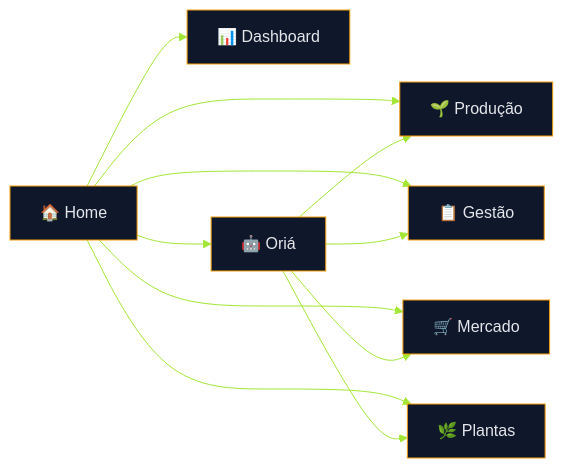
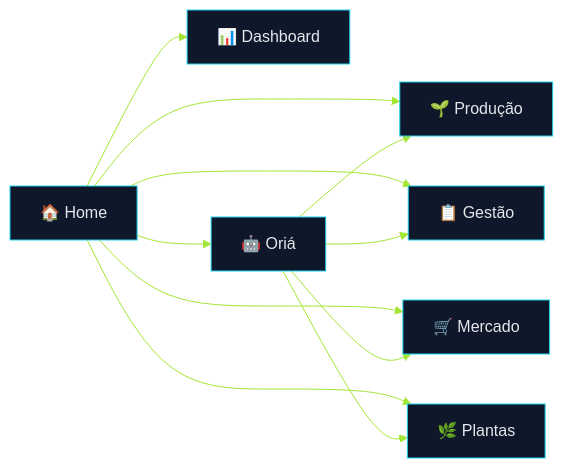
The first of 2 diagrams in README.md (Henri-Di/Terra-Conecta), drawn with Mermaid before and after one commit. The commit also changed other lines of this file, not shown here.

````diff
--- a/README.md
+++ b/README.md
@@ -36,24 +58,23 @@
 ```mermaid
 %%{init: {'theme':'base','themeVariables':{
 'primaryColor':'#0f172a',
 'primaryTextColor':'#e5e7eb',
 'primaryBorderColor':'#22d3ee',
 'lineColor':'#a3e635',
 'secondaryColor':'#111827',
 'tertiaryColor':'#1e293b',
-'background':'#020617',
-'nodeBorder':'#f59e0b'
+'background':'#020617'
 }}}%%
 flowchart LR
 A[🏠 Home] --> B[🌱 Produção]
 A --> C[📋 Gestão]
 A --> D[🛒 Mercado]
 A --> E[🌿 Plantas]
 A --> F[📊 Dashboard]
 A --> G[🤖 Oriá]
 
 G --> B
 G --> C
 G --> D
 G --> E
 ```
````
